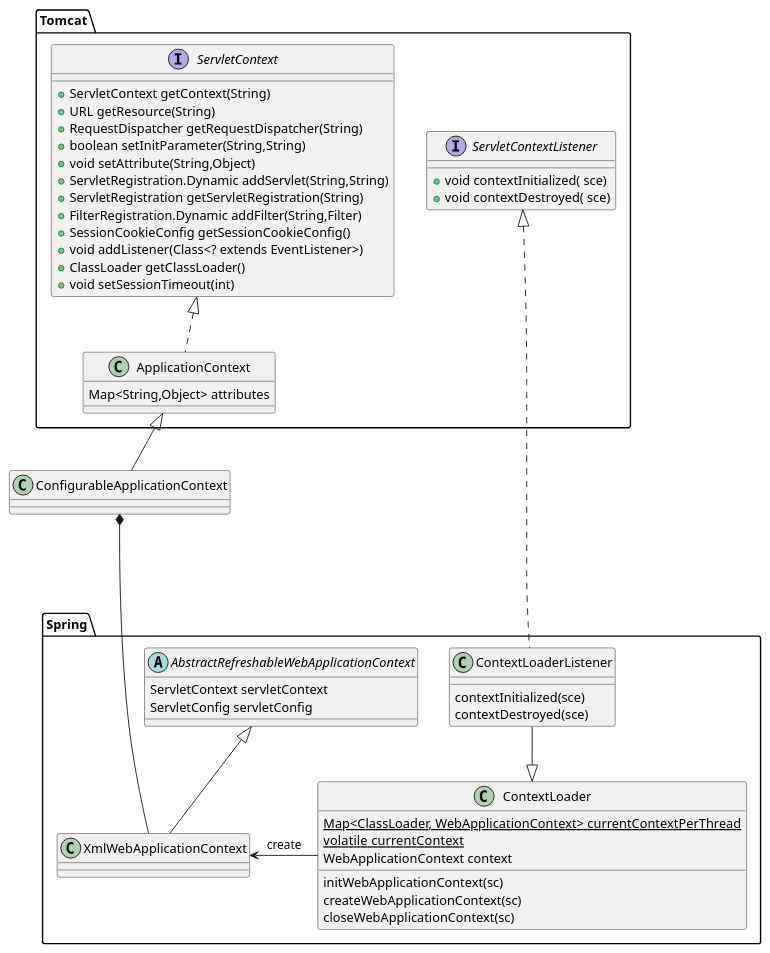
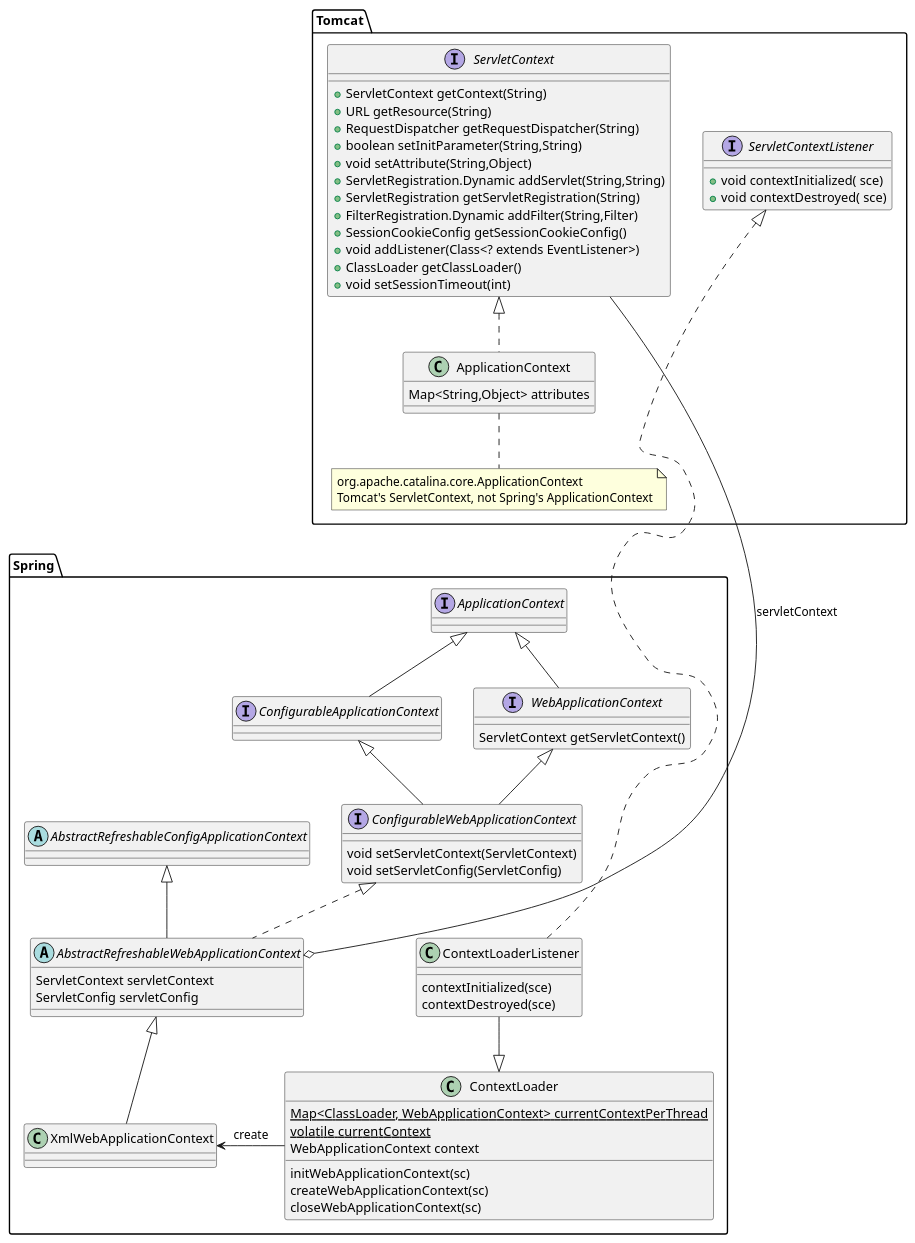
Before and after one commit to kevinwang930/kevinwang930.github.io: the first of 8 diagrams in content/post/java/spring/mvc.md, drawn with PlantUML. The commit also changed other lines of this file and 3 other files, not shown here.

````diff
--- a/content/post/java/spring/mvc.md
+++ b/content/post/java/spring/mvc.md
@@ -28,68 +28,82 @@
 ```plantuml
+top to bottom direction
 
 package Tomcat {
     interface ServletContextListener {
         + void contextInitialized( sce)
         + void contextDestroyed( sce)
     }
 
     interface ServletContext {
         + ServletContext getContext(String)
         + URL getResource(String)
         + RequestDispatcher getRequestDispatcher(String)
         + boolean setInitParameter(String,String)
         + void setAttribute(String,Object)
         + ServletRegistration.Dynamic addServlet(String,String)
         + ServletRegistration getServletRegistration(String)
         + FilterRegistration.Dynamic addFilter(String,Filter)
         + SessionCookieConfig getSessionCookieConfig()
         + void addListener(Class<? extends EventListener>)
         + ClassLoader getClassLoader()
         + void setSessionTimeout(int)
     }
 
-    class ApplicationContext implements ServletContext {
+    class "ApplicationContext" as TomcatApplicationContext {
         Map<String,Object> attributes
-
     }
+    note "org.apache.catalina.core.ApplicationContext\nTomcat's ServletContext, not Spring's ApplicationContext" as TomcatNote
+    TomcatApplicationContext .. TomcatNote
+    ServletContext <|.. TomcatApplicationContext
 }
 
 package Spring {
+    interface ApplicationContext
+    interface ConfigurableApplicationContext
+    interface WebApplicationContext {
+        ServletContext getServletContext()
+    }
+    interface ConfigurableWebApplicationContext {
+        void setServletContext(ServletContext)
+        void setServletConfig(ServletConfig)
+    }
+    abstract class AbstractRefreshableConfigApplicationContext
+
     class ContextLoader {
         {static} Map<ClassLoader, WebApplicationContext> currentContextPerThread
         {static} volatile  currentContext
         WebApplicationContext context
         initWebApplicationContext(sc)
         createWebApplicationContext(sc)
         closeWebApplicationContext(sc)
     }
     class ContextLoaderListener   {
         
         contextInitialized(sce)
         contextDestroyed(sce)
     }
 
     abstract class AbstractRefreshableWebApplicationContext  {
         ServletContext servletContext
         ServletConfig servletConfig
     }
 
     class XmlWebApplicationContext extends AbstractRefreshableWebApplicationContext {
 
     }
-      ContextLoader <|-up-ContextLoaderListener
-    ContextLoader -left-> XmlWebApplicationContext:create
+    ContextLoader <|-up- ContextLoaderListener
+    ContextLoader -left-> XmlWebApplicationContext : create
+
+    ApplicationContext <|-- ConfigurableApplicationContext
+    ApplicationContext <|-- WebApplicationContext
+    WebApplicationContext <|-- ConfigurableWebApplicationContext
+    ConfigurableApplicationContext <|-- ConfigurableWebApplicationContext
+    AbstractRefreshableConfigApplicationContext <|-- AbstractRefreshableWebApplicationContext
+    ConfigurableWebApplicationContext <|.. AbstractRefreshableWebApplicationContext
 }
 
-
-ApplicationContext <|-- ConfigurableApplicationContext 
-
-
-    
-
-
-
- ServletContextListener <|..... ContextLoaderListener
-ConfigurableApplicationContext *-- XmlWebApplicationContext
+ServletContextListener <|.[norank]. ContextLoaderListener
+TomcatNote -[hidden]down- ApplicationContext
+AbstractRefreshableWebApplicationContext o-[norank]- ServletContext : servletContext
 
 ```
````
